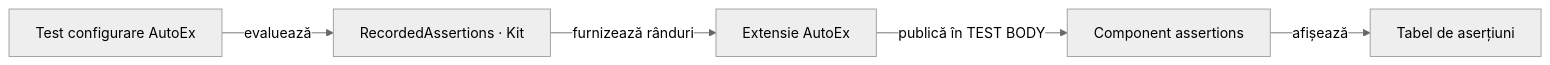
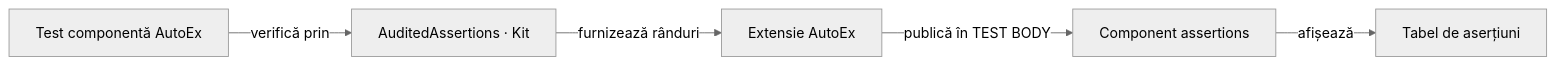
Before and after one commit to crististefanita/atf_j0: the fifth of 5 diagrams in atf-test-auto-ex/README.md, drawn with Mermaid (neutral theme). The commit also changed other lines of this file and 78 other files, not shown here.

````diff
--- a/atf-test-auto-ex/README.md
+++ b/atf-test-auto-ex/README.md
@@ -701,7 +701,7 @@
 ```mermaid
 flowchart LR
-    Test[Test configurare AutoEx] -->|evaluează| Check[RecordedAssertions · Kit]
+    Test[Test componentă AutoEx] -->|verifică prin| Check[AuditedAssertions · Kit]
     Check -->|furnizează rânduri| Adapter[Extensie AutoEx]
     Adapter -->|publică în TEST BODY| Step[Component assertions]
     Step -->|afișează| Table[Tabel de aserțiuni]
 ```
````
